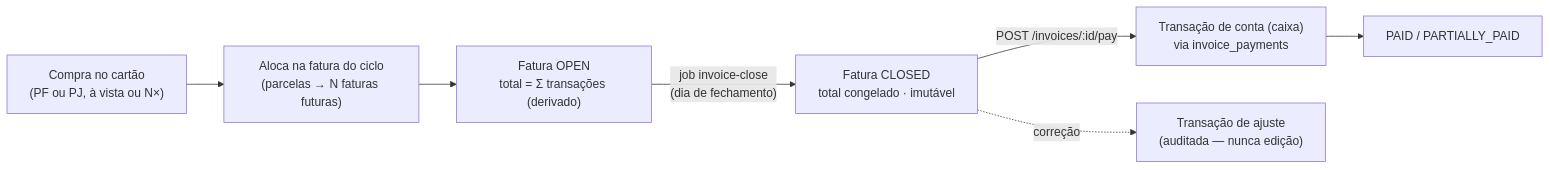
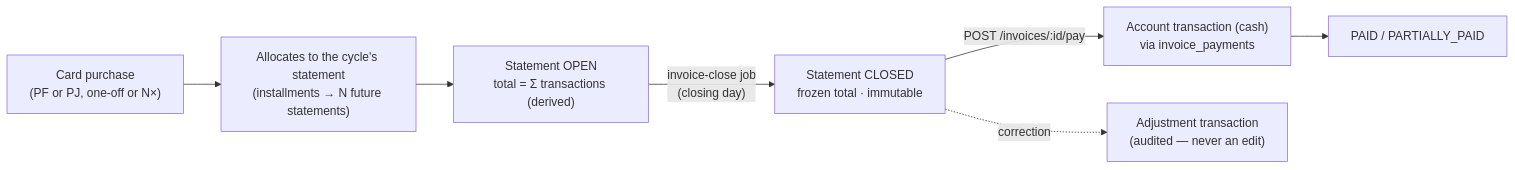
The third of 4 diagrams in docs/architecture/architecture.md (fernandaquerino/tally), drawn with Mermaid before and after one commit. The commit also changed other lines of this file and 34 other files, not shown here.

````diff
--- a/docs/architecture/architecture.md
+++ b/docs/architecture/architecture.md
@@ -388,9 +388,9 @@
 ```mermaid
 flowchart LR
-  BUY["Compra no cartão<br/>(PF ou PJ, à vista ou N×)"] --> ALLOC["Aloca na fatura do ciclo<br/>(parcelas → N faturas futuras)"]
-  ALLOC --> OPEN["Fatura OPEN<br/>total = Σ transações (derivado)"]
-  OPEN -->|"job invoice-close<br/>(dia de fechamento)"| CLOSED["Fatura CLOSED<br/>total congelado · imutável"]
-  CLOSED -->|"POST /invoices/:id/pay"| PAY["Transação de conta (caixa)<br/>via invoice_payments"]
+  BUY["Card purchase<br/>(PF or PJ, one-off or N×)"] --> ALLOC["Allocates to the cycle's statement<br/>(installments → N future statements)"]
+  ALLOC --> OPEN["Statement OPEN<br/>total = Σ transactions (derived)"]
+  OPEN -->|"invoice-close job<br/>(closing day)"| CLOSED["Statement CLOSED<br/>frozen total · immutable"]
+  CLOSED -->|"POST /invoices/:id/pay"| PAY["Account transaction (cash)<br/>via invoice_payments"]
   PAY --> PAID["PAID / PARTIALLY_PAID"]
-  CLOSED -. correção .-> ADJ["Transação de ajuste<br/>(auditada — nunca edição)"]
+  CLOSED -. correction .-> ADJ["Adjustment transaction<br/>(audited — never an edit)"]
 ```
````
